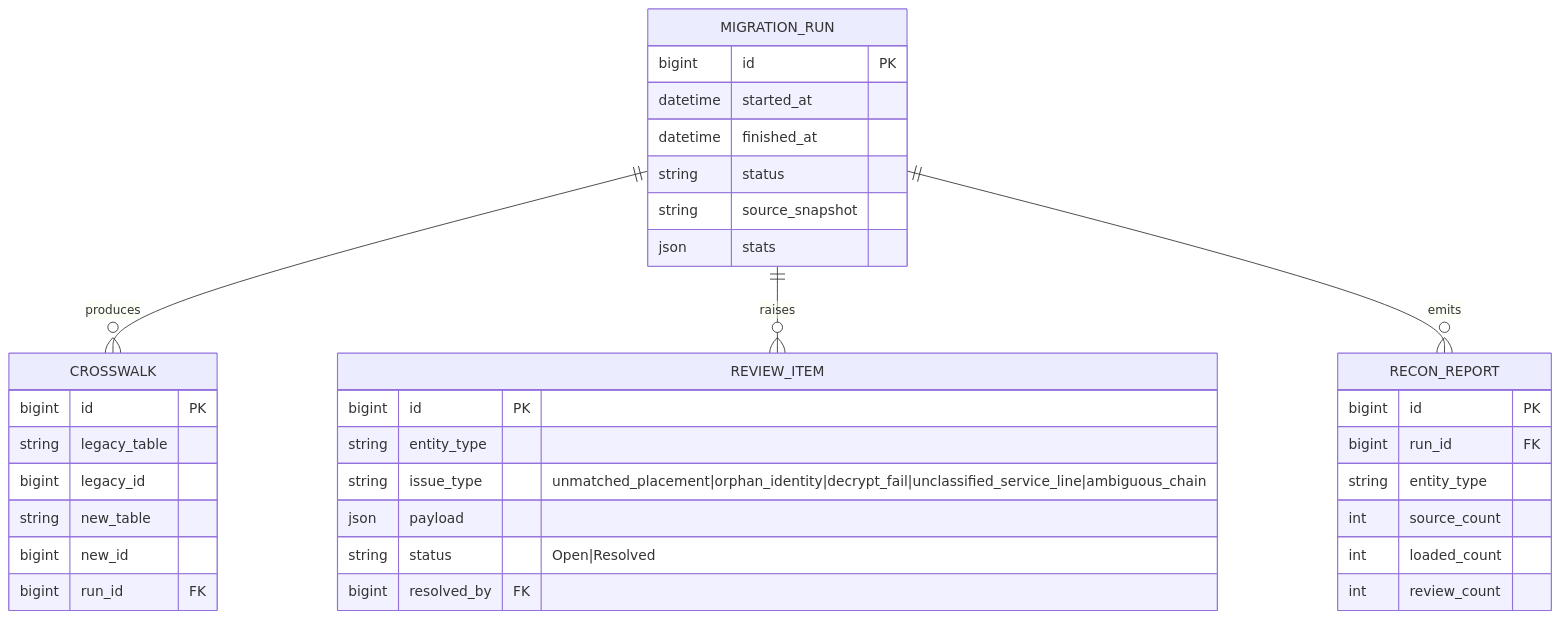
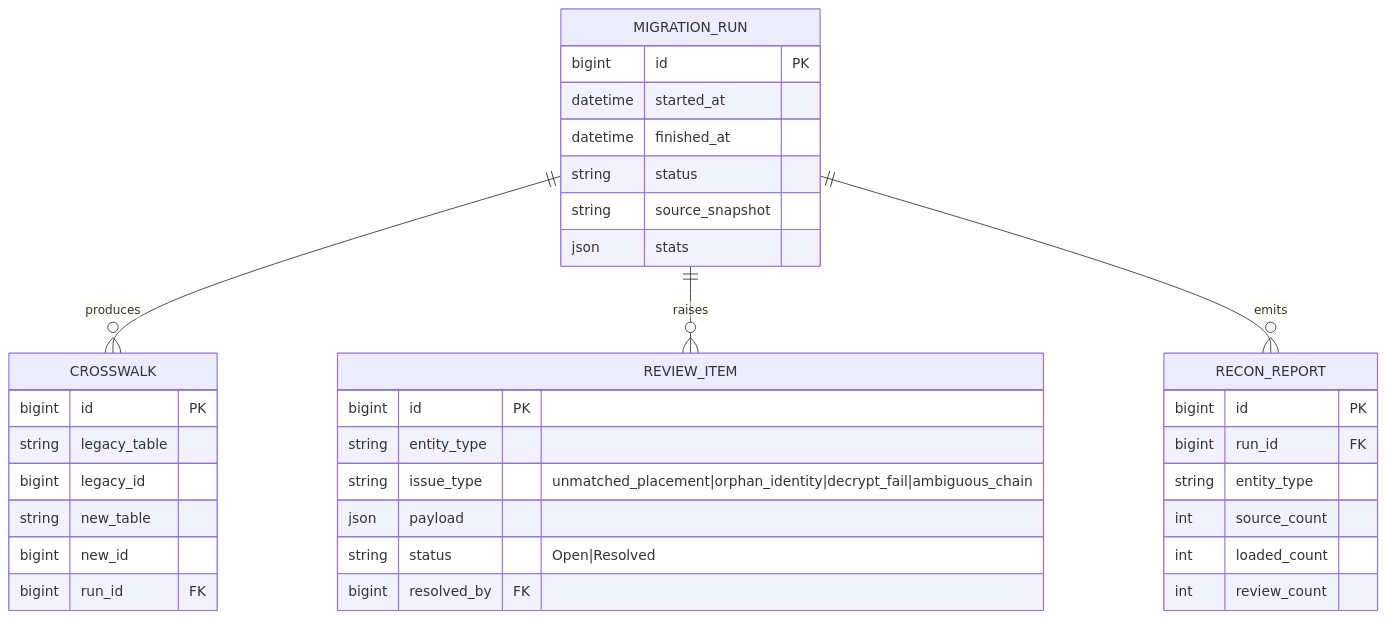
Before and after one commit to hariszaki17/hris-outsource: the first of 6 diagrams in docs/epics/E9-migration/FEATURE.md, drawn with Mermaid. The commit also changed other lines of this file and 239 other files, not shown here.

First line of the commit message:
feat!: remove service line concept end-to-end

````diff
--- a/docs/epics/E9-migration/FEATURE.md
+++ b/docs/epics/E9-migration/FEATURE.md
@@ -29,39 +29,39 @@
 ```mermaid
 erDiagram
     MIGRATION_RUN ||--o{ CROSSWALK : "produces"
     MIGRATION_RUN ||--o{ REVIEW_ITEM : "raises"
     MIGRATION_RUN ||--o{ RECON_REPORT : "emits"
 
     MIGRATION_RUN {
         bigint id PK
         datetime started_at
         datetime finished_at
         string status
         string source_snapshot
         json stats
     }
     CROSSWALK {
         bigint id PK
         string legacy_table
         bigint legacy_id
         string new_table
         bigint new_id
         bigint run_id FK
     }
     REVIEW_ITEM {
         bigint id PK
         string entity_type
-        string issue_type "unmatched_placement|orphan_identity|decrypt_fail|unclassified_service_line|ambiguous_chain"
+        string issue_type "unmatched_placement|orphan_identity|decrypt_fail|ambiguous_chain"
         json payload
         string status "Open|Resolved"
         bigint resolved_by FK
     }
     RECON_REPORT {
         bigint id PK
         bigint run_id FK
         string entity_type
         int source_count
         int loaded_count
         int review_count
     }
 ```
````
